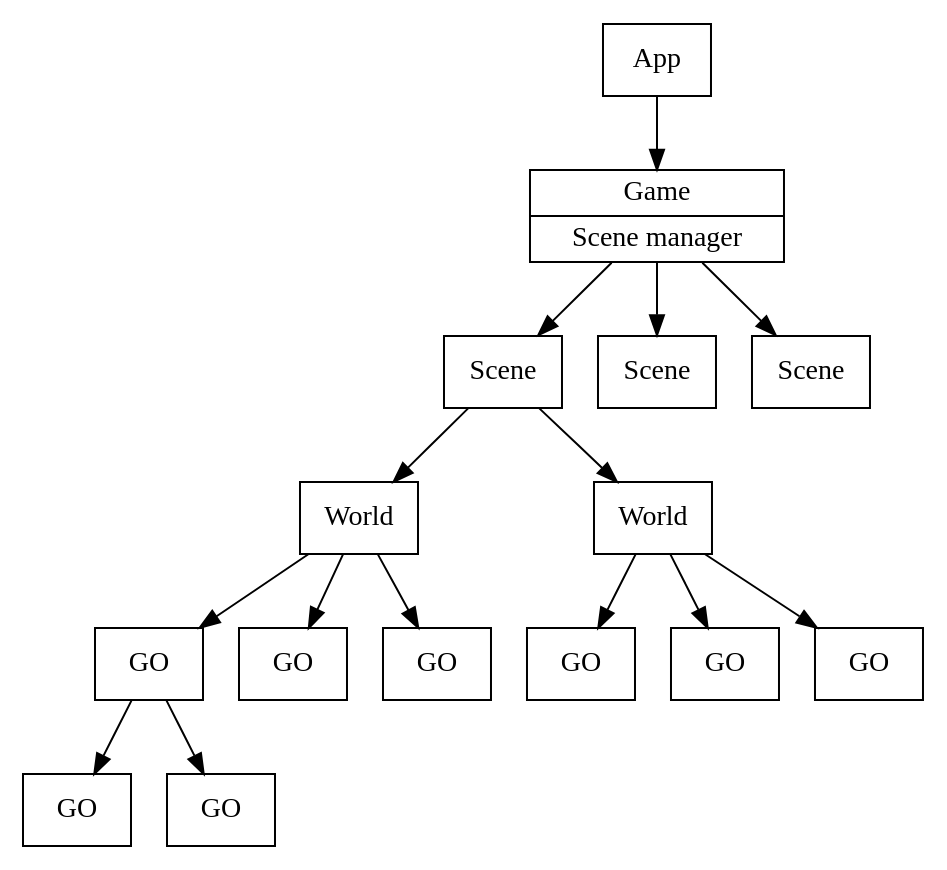
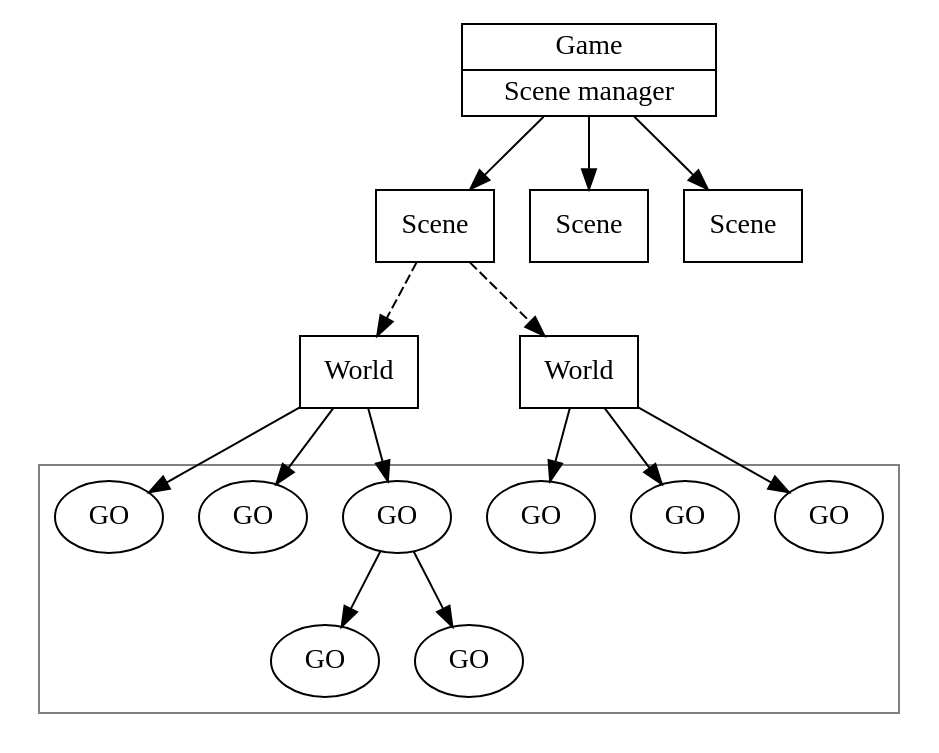
Before and after one commit to rexrainbow/phaser4-rex-plugins: the diagram in doc/source/system/hierarchy.dot, drawn with Graphviz. The commit also changed 8 other files, not shown here.

Commit message:
Change block diagram

```diff
--- a/doc/source/system/hierarchy.dot
+++ b/doc/source/system/hierarchy.dot
@@ -1,32 +1,35 @@
 digraph Game {
     graph [rankdir=TD,splines=line]
     node[shape=record]
     
-    App
     Game[label="{Game|Scene manager}"]
 
     Scene0[label="Scene"]
     Scene1[label="Scene"]
     Scene2[label="Scene"]
 
     World0[label="World"]
     World1[label="World"]
         
-    GO00[label="GO"]
-    GO01[label="GO"]
-    GO02[label="GO"]
+    subgraph cluster_go {
+        color="gray"
         
-    GO10[label="GO"]
-    GO11[label="GO"]
-    GO12[label="GO"]
+        GO00[label="GO",shape="ellipse"]
+        GO01[label="GO",shape="ellipse"]
+        GO02[label="GO",shape="ellipse"]
+            
+        GO10[label="GO",shape="ellipse"]
+        GO11[label="GO",shape="ellipse"]
+        GO12[label="GO",shape="ellipse"]
+        
+        GO000[label="GO",shape="ellipse"]
+        GO001[label="GO",shape="ellipse"]
+    }
     
-    GO000[label="GO"]
-    GO001[label="GO"] 
-    
-    App -> Game -> { Scene0, Scene1, Scene2 }
-    Scene0 -> { World0, World1 }
+    Game -> { Scene0, Scene1, Scene2 }
+    Scene0 -> { World0, World1 } [style="dashed"]
     World0 -> { GO00, GO01, GO02 }
     World1 -> { GO10, GO11, GO12 }
     
     GO00 -> { GO000, GO001 }
 }
```
